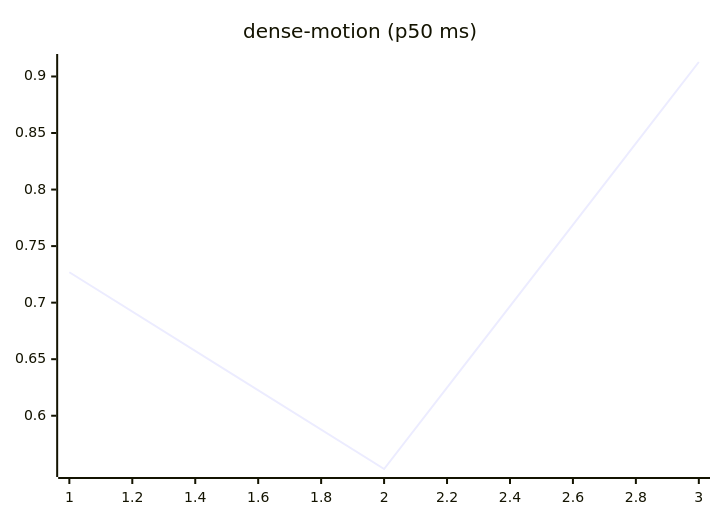
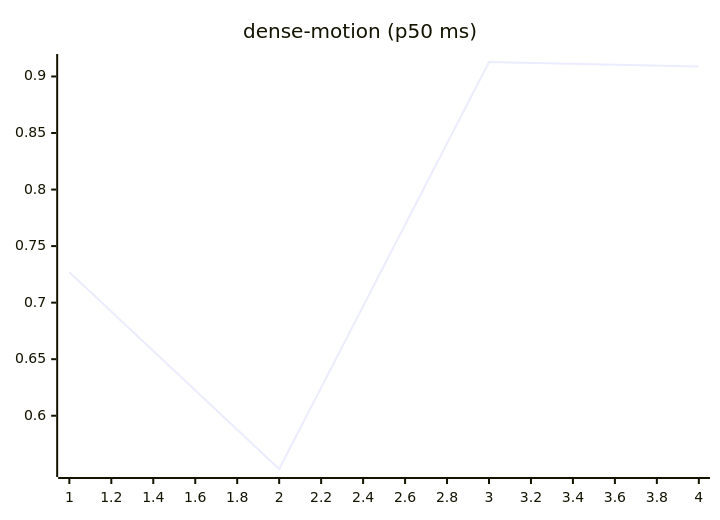
Before and after one commit to josha/Facet: the ninth of 27 diagrams in README.md, drawn with Mermaid. The commit also changed other lines of this file and 2 other files, not shown here.

````diff
--- a/README.md
+++ b/README.md
@@ -119,6 +119,6 @@
 ```mermaid
 xychart-beta
     title "dense-motion (p50 ms)"
-    x-axis 1 --> 3
-    line [0.7269, 0.5529, 0.9128]
+    x-axis 1 --> 4
+    line [0.7269, 0.5529, 0.9128, 0.9089]
 ```
````
